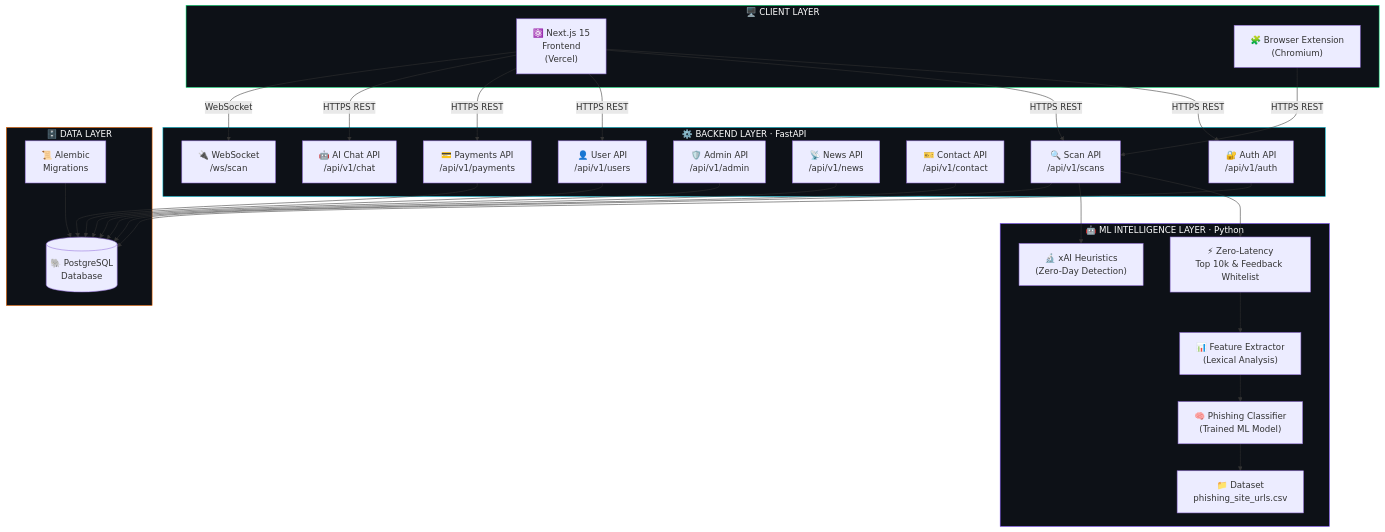
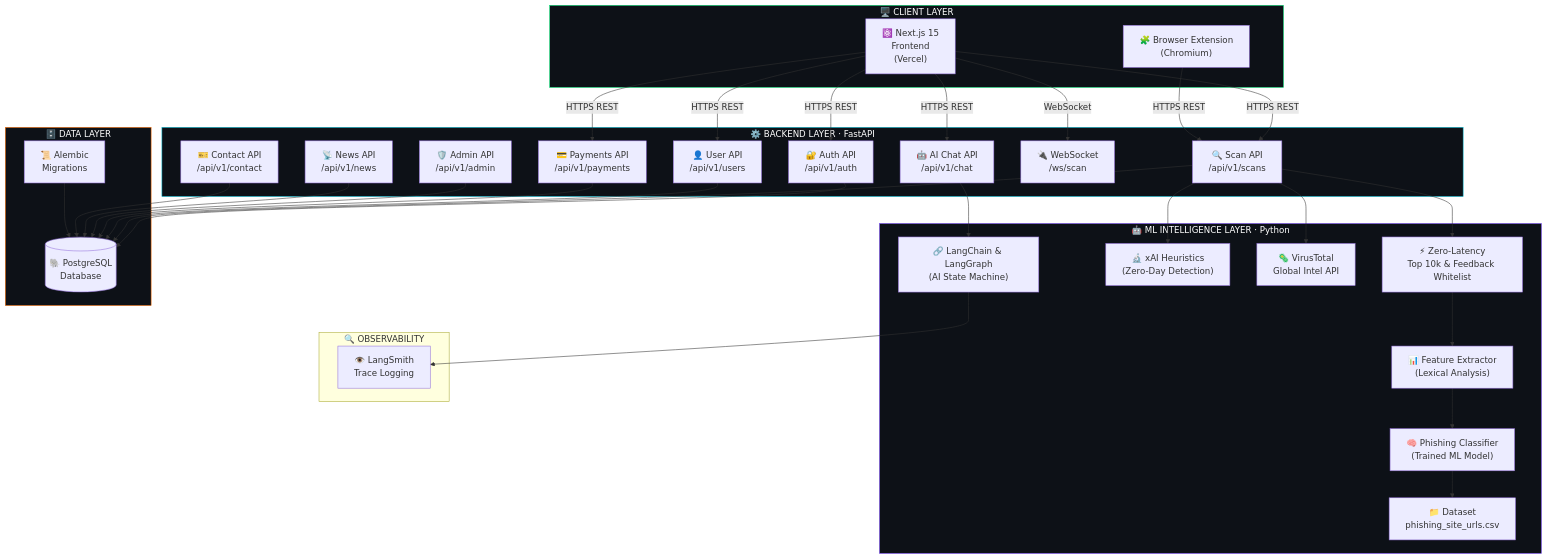
Before and after one commit to Uditpandya07/PhishX: the diagram in README.md, drawn with Mermaid. The commit also changed other lines of this file, not shown here.

Commit message:
docs: Update architecture diagram and AI features in README

````diff
--- a/README.md
+++ b/README.md
@@ -206,45 +206,54 @@
 ```mermaid
 graph TD
     subgraph CLIENT["🖥️  CLIENT LAYER"]
         A["⚛️ Next.js 15\nFrontend\n(Vercel)"]
         B["🧩 Browser Extension\n(Chromium)"]
     end
 
     subgraph BACKEND["⚙️  BACKEND LAYER  ·  FastAPI"]
         C["🔐 Auth API\n/api/v1/auth"]
         D["🔍 Scan API\n/api/v1/scans"]
         E["👤 User API\n/api/v1/users"]
         F["💳 Payments API\n/api/v1/payments"]
         G["🛡️ Admin API\n/api/v1/admin"]
         N["📡 News API\n/api/v1/news"]
         CT["🎫 Contact API\n/api/v1/contact"]
         WS["🔌 WebSocket\n/ws/scan"]
         CHAT["🤖 AI Chat API\n/api/v1/chat"]
     end
 
     subgraph INTELLIGENCE["🤖  ML INTELLIGENCE LAYER  ·  Python"]
         H["📊 Feature Extractor\n(Lexical Analysis)"]
         I["🧠 Phishing Classifier\n(Trained ML Model)"]
         J["📁 Dataset\nphishing_site_urls.csv"]
         W["⚡ Zero-Latency\nTop 10k & Feedback Whitelist"]
         XAI["🔬 xAI Heuristics\n(Zero-Day Detection)"]
+        VT["🦠 VirusTotal\nGlobal Intel API"]
+        LC["🔗 LangChain & LangGraph\n(AI State Machine)"]
+    end
+
+    subgraph OBSERVABILITY["🔍  OBSERVABILITY"]
+        LS["👁️ LangSmith\nTrace Logging"]
     end
 
     subgraph DATA["🗄️  DATA LAYER"]
         K[("🐘 PostgreSQL\nDatabase")]
         L["📜 Alembic\nMigrations"]
     end
 
     A -- "HTTPS REST" --> C & D & E & F & CHAT
     A -- "WebSocket" --> WS
     B -- "HTTPS REST" --> D
     D --> W --> H --> I --> J
     D --> XAI
+    D --> VT
+    CHAT --> LC
+    LC --> LS
     C & D & E & F & G & N & CT --> K
     L --> K
 
     style CLIENT fill:#0d1117,stroke:#00E676,color:#ffffff
     style BACKEND fill:#0d1117,stroke:#00BCD4,color:#ffffff
     style INTELLIGENCE fill:#0d1117,stroke:#7C4DFF,color:#ffffff
     style DATA fill:#0d1117,stroke:#FF6D00,color:#ffffff
 ```
````
